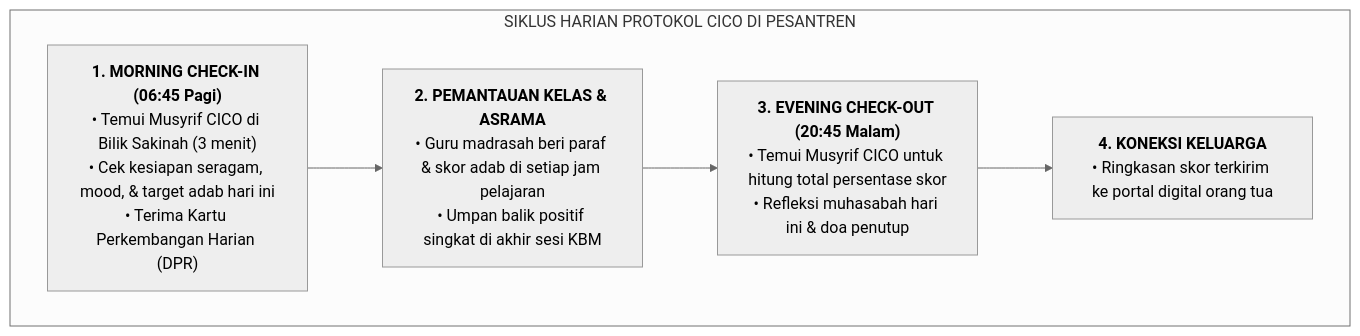
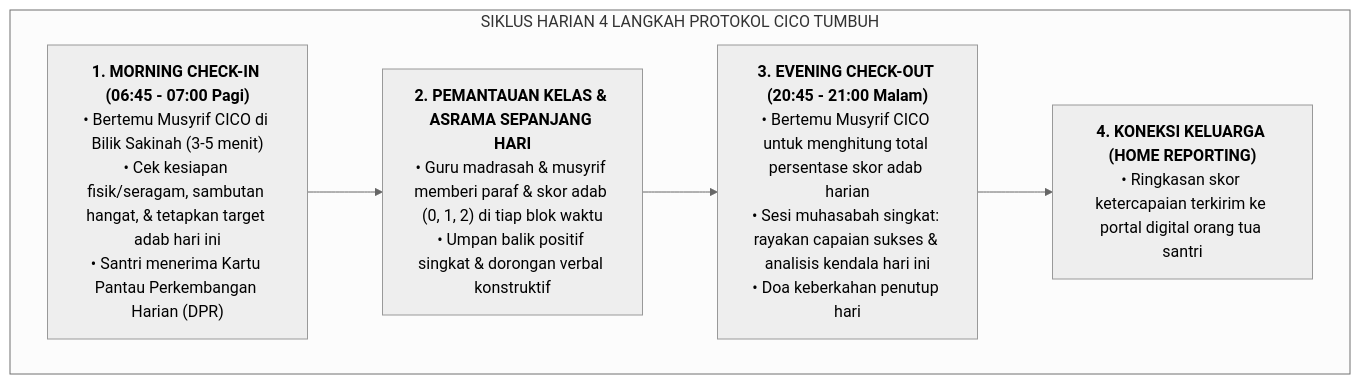
The diagram in BOOK Series 2/Volume-04-Intervensi-PBIS-dan-Disiplin-Restoratif/Bab-03-Intervensi-Tier-2-CICO/01-Protokol-Check-In-Check-Out-CICO.md (wandiapriliyandi/tumbuh), drawn with Mermaid (neutral theme) before and after one commit. The commit also changed other lines of this file and 61 other files, not shown here.

````diff
--- a/BOOK Series 2/Volume-04-Intervensi-PBIS-dan-Disiplin-Restoratif/Bab-03-Intervensi-Tier-2-CICO/01-Protokol-Check-In-Check-Out-CICO.md
+++ b/BOOK Series 2/Volume-04-Intervensi-PBIS-dan-Disiplin-Restoratif/Bab-03-Intervensi-Tier-2-CICO/01-Protokol-Check-In-Check-Out-CICO.md
@@ -11,14 +13,14 @@
 ```mermaid
 flowchart TD
-    subgraph SiklusHarianCICO["SIKLUS HARIAN PROTOKOL CICO DI PESANTREN"]
-        CI["<b>1. MORNING CHECK-IN (06:45 Pagi)</b><br/>• Temui Musyrif CICO di Bilik Sakinah (3 menit)<br/>• Cek kesiapan seragam, mood, & target adab hari ini<br/>• Terima Kartu Perkembangan Harian (DPR)"]
+    subgraph SiklusHarianCICO["SIKLUS HARIAN 4 LANGKAH PROTOKOL CICO TUMBUH"]
+        CI["<b>1. MORNING CHECK-IN (06:45 - 07:00 Pagi)</b><br/>• Bertemu Musyrif CICO di Bilik Sakinah (3-5 menit)<br/>• Cek kesiapan fisik/seragam, sambutan hangat, & tetapkan target adab hari ini<br/>• Santri menerima Kartu Pantau Perkembangan Harian (DPR)"]
         
-        KBM["<b>2. PEMANTAUAN KELAS & ASRAMA</b><br/>• Guru madrasah beri paraf & skor adab di setiap jam pelajaran<br/>• Umpan balik positif singkat di akhir sesi KBM"]
+        KBM["<b>2. PEMANTAUAN KELAS & ASRAMA SEPANJANG HARI</b><br/>• Guru madrasah & musyrif memberi paraf & skor adab (0, 1, 2) di tiap blok waktu<br/>• Umpan balik positif singkat & dorongan verbal konstruktif"]
         
-        CO["<b>3. EVENING CHECK-OUT (20:45 Malam)</b><br/>• Temui Musyrif CICO untuk hitung total persentase skor<br/>• Refleksi muhasabah hari ini & doa penutup"]
+        CO["<b>3. EVENING CHECK-OUT (20:45 - 21:00 Malam)</b><br/>• Bertemu Musyrif CICO untuk menghitung total persentase skor adab harian<br/>• Sesi muhasabah singkat: rayakan capaian sukses & analisis kendala hari ini<br/>• Doa keberkahan penutup hari"]
         
-        Home["<b>4. KONEKSI KELUARGA</b><br/>• Ringkasan skor terkirim ke portal digital orang tua"]
+        Home["<b>4. KONEKSI KELUARGA (HOME REPORTING)</b><br/>• Ringkasan skor ketercapaian terkirim ke portal digital orang tua santri"]
 
         CI --> KBM --> CO --> Home
     end
 ```
````
